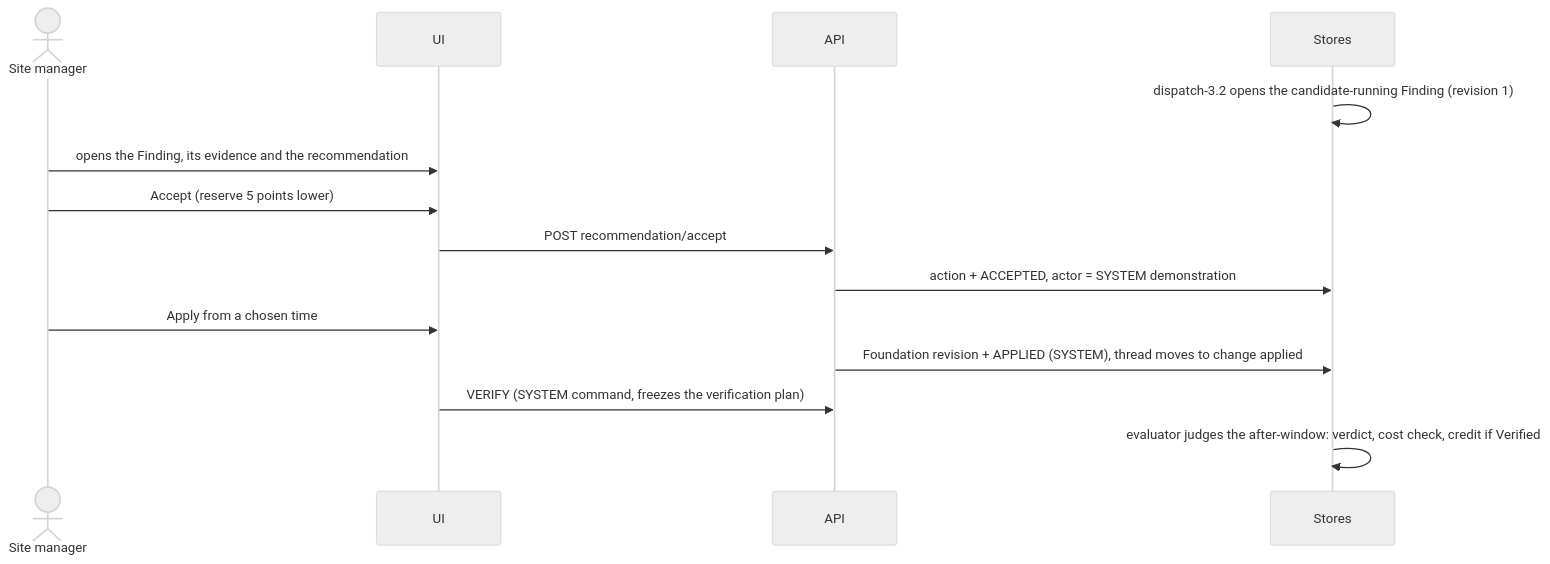
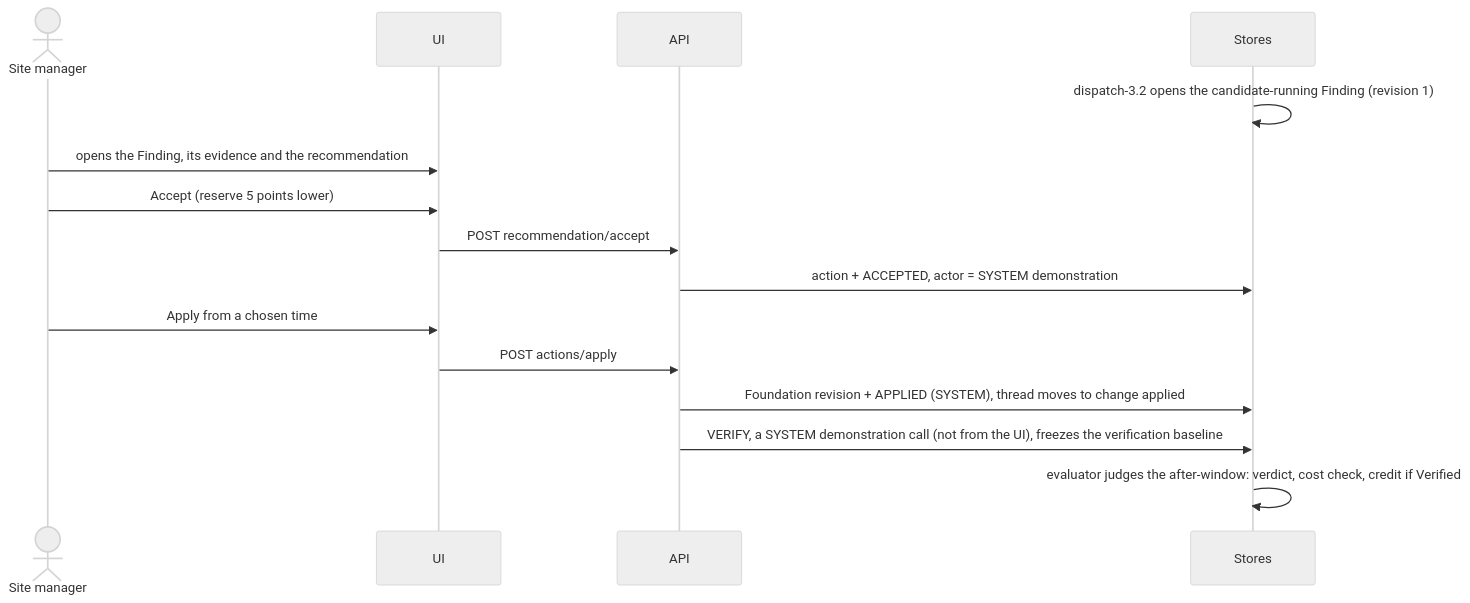
One commit to bineyame/AssetOpsV1 changed the eighth of 11 diagrams in Docs/demo-sprint/product-direction-layer4/layer4-transformation-design.md. Above: the diagram before and after it, drawn with Mermaid (neutral theme). The commit also changed other lines of this file and 4 other files, not shown here.

````diff
--- a/Docs/demo-sprint/product-direction-layer4/layer4-transformation-design.md
+++ b/Docs/demo-sprint/product-direction-layer4/layer4-transformation-design.md
@@ -497,16 +500,17 @@
 ```mermaid
 sequenceDiagram
   actor M as Site manager
   participant UI
   participant API
   participant S as Stores
   S->>S: dispatch-3.2 opens the candidate-running Finding (revision 1)
   M->>UI: opens the Finding, its evidence and the recommendation
   M->>UI: Accept (reserve 5 points lower)
   UI->>API: POST recommendation/accept
   API->>S: action + ACCEPTED, actor = SYSTEM demonstration
   M->>UI: Apply from a chosen time
+  UI->>API: POST actions/apply
   API->>S: Foundation revision + APPLIED (SYSTEM), thread moves to change applied
-  UI->>API: VERIFY (SYSTEM command, freezes the verification plan)
+  API->>S: VERIFY, a SYSTEM demonstration call (not from the UI), freezes the verification baseline
   S->>S: evaluator judges the after-window: verdict, cost check, credit if Verified
 ```
````
